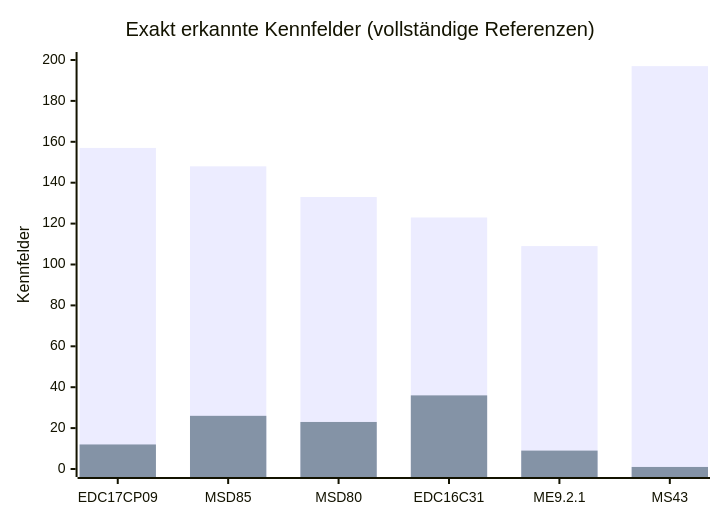
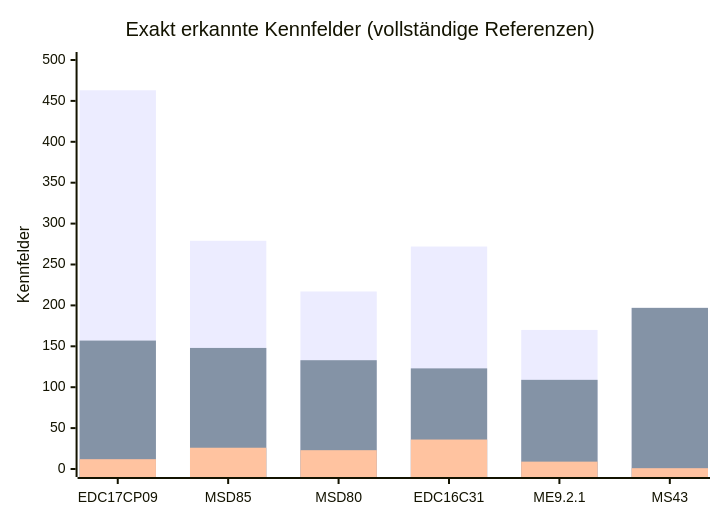
Before and after one commit to PCTestAdmin/ECU-Studio-AI: the diagram in docs/PROGRESS.md, drawn with Mermaid. The commit also changed other lines of this file and 19 other files, not shown here.

First line of the commit message:
Kennfelderkennung: flache Kopf-Datensaetze, Identifikation, Unterstuetzungsmatrix, Roadmap

````diff
--- a/docs/PROGRESS.md
+++ b/docs/PROGRESS.md
@@ -26,8 +27,9 @@
 ```mermaid
 xychart-beta
     title "Exakt erkannte Kennfelder (vollständige Referenzen)"
     x-axis ["EDC17CP09", "MSD85", "MSD80", "EDC16C31", "ME9.2.1", "MS43"]
-    y-axis "Kennfelder" 0 --> 200
+    y-axis "Kennfelder" 0 --> 500
+    bar [463, 279, 217, 272, 170, 197]
     bar [157, 148, 133, 123, 109, 197]
     bar [12, 26, 23, 36, 9, 1]
 ```
````
